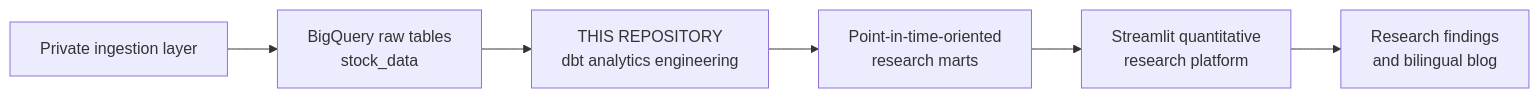
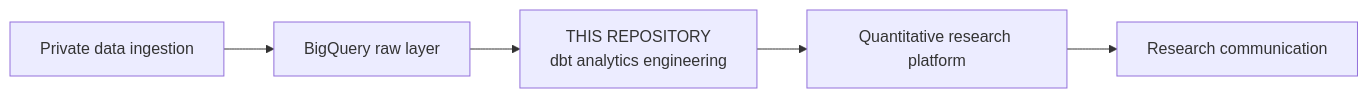
The first of 2 diagrams in README.md (robertbasement/taiwan-equity-analytics-engineering), drawn with Mermaid before and after one commit. The commit also changed other lines of this file and 3 other files, not shown here.

Commit message:
docs: document analytics architecture and PIT semantics

````diff
--- a/README.md
+++ b/README.md
@@ -11,11 +13,10 @@
 ```mermaid
 flowchart LR
-    Ingestion["Private ingestion layer"]
-    Raw["BigQuery raw tables<br/>stock_data"]
+    Ingestion["Private data ingestion"]
+    Raw["BigQuery raw layer"]
     Analytics["THIS REPOSITORY<br/>dbt analytics engineering"]
-    Marts["Point-in-time-oriented<br/>research marts"]
-    Research["Streamlit quantitative<br/>research platform"]
-    Publication["Research findings<br/>and bilingual blog"]
+    Research["Quantitative research platform"]
+    Publication["Research communication"]
 
-    Ingestion --> Raw --> Analytics --> Marts --> Research --> Publication
+    Ingestion --> Raw --> Analytics --> Research --> Publication
 ```
````
